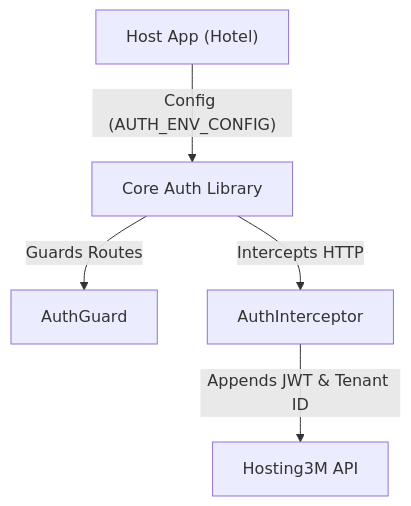
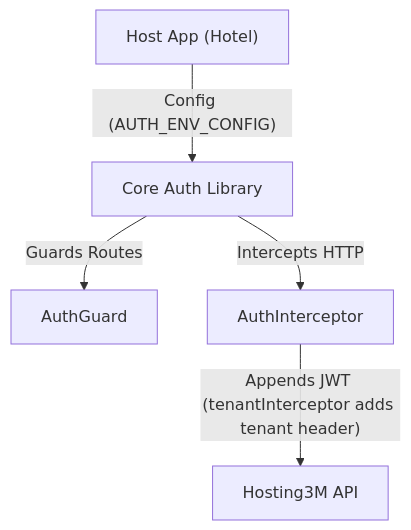
Before and after one commit to fjpimienta/n8n-enterprise-automation-suite: the diagram in hosting3m-workspace/projects/core-auth/INFRASTRUCTURE.md, drawn with Mermaid. The commit also changed other lines of this file, not shown here.

````diff
--- a/hosting3m-workspace/projects/core-auth/INFRASTRUCTURE.md
+++ b/hosting3m-workspace/projects/core-auth/INFRASTRUCTURE.md
@@ -15,8 +17,8 @@
 ```mermaid
 graph TD
     Host["Host App (Hotel)"] -->|"Config (AUTH_ENV_CONFIG)"| Lib["Core Auth Library"]
     Lib -->|"Guards Routes"| AuthGuard["AuthGuard"]
     Lib -->|"Intercepts HTTP"| Interceptor["AuthInterceptor"]
-    Interceptor -->|"Appends JWT & Tenant ID"| API["Hosting3M API"]
+    Interceptor -->|"Appends JWT (tenantInterceptor adds tenant header)"| API["Hosting3M API"]
 
 ```
````
